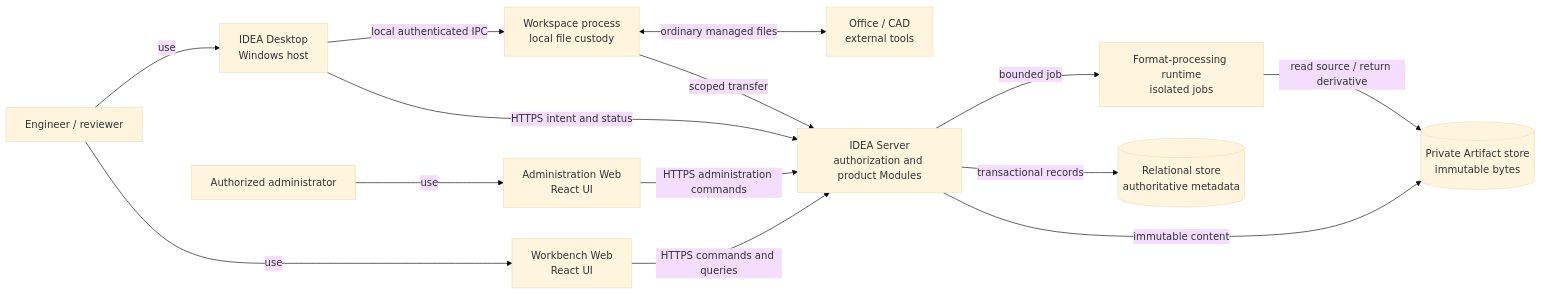
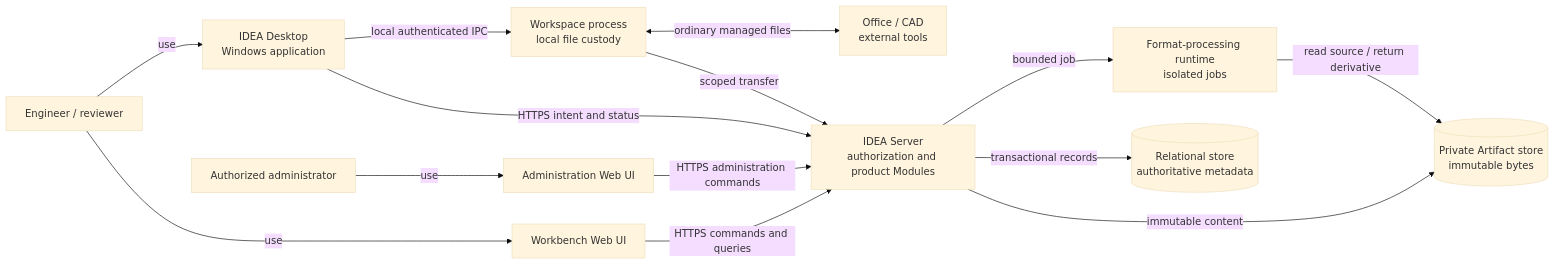
The second of 26 diagrams in docs/product/instances/idea-engineering/DOC-05-architecture-description.md (devphuclam/IDEAEngineering), drawn with Mermaid (base theme) before and after one commit. The commit also changed other lines of this file and 76 other files, not shown here.

Commit message:
docs: complete IDEA DDM architecture views

````diff
--- a/docs/product/instances/idea-engineering/DOC-05-architecture-description.md
+++ b/docs/product/instances/idea-engineering/DOC-05-architecture-description.md
@@ -222,31 +230,31 @@
 ```mermaid
 flowchart LR
     accTitle: IDEA Engineering candidate container view
     accDescr: Engineers use the Web workbench or Desktop. Administrators use the Administration Web application. All protected requests go to one IDEA Server, which owns authorization and product coordination and accesses the relational and private Artifact stores. The Workspace process alone manages local working files. Format processing is isolated from the main Server.
 
     engineer["Engineer / reviewer"]
     administrator["Authorized administrator"]
-    workbench["Workbench Web<br/>React UI"]
-    adminWeb["Administration Web<br/>React UI"]
-    desktop["IDEA Desktop<br/>Windows host"]
+    workbench["Workbench Web UI"]
+    adminWeb["Administration Web UI"]
+    desktop["IDEA Desktop<br/>Windows application"]
     workspace["Workspace process<br/>local file custody"]
     tools["Office / CAD<br/>external tools"]
     server["IDEA Server<br/>authorization and product Modules"]
     format["Format-processing runtime<br/>isolated jobs"]
     db[("Relational store<br/>authoritative metadata")]
     artifacts[("Private Artifact store<br/>immutable bytes")]
 
     engineer -->|use| workbench
     engineer -->|use| desktop
     administrator -->|use| adminWeb
     workbench -->|HTTPS commands and queries| server
     adminWeb -->|HTTPS administration commands| server
     desktop -->|HTTPS intent and status| server
     desktop -->|local authenticated IPC| workspace
     workspace <-->|ordinary managed files| tools
     workspace -->|scoped transfer| server
     server -->|transactional records| db
     server -->|immutable content| artifacts
     server -->|bounded job| format
     format -->|read source / return derivative| artifacts
 ```
````
